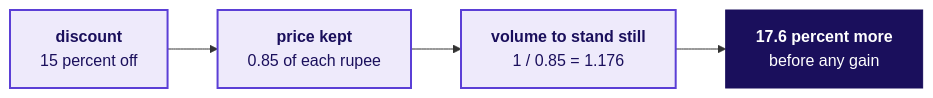
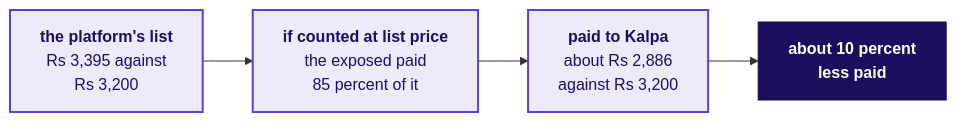
Before and after one commit to fde-academy-lab/c2-content-factory: diagram 12 of 15 in content/W01/D4/slides/C2_W01_D04_half2_STUDENT.md, drawn with Mermaid. The commit also changed other lines of this file and 4 other files, not shown here.

````diff
--- a/content/W01/D4/slides/C2_W01_D04_half2_STUDENT.md
+++ b/content/W01/D4/slides/C2_W01_D04_half2_STUDENT.md
@@ -453,10 +476,10 @@
 ```mermaid
 flowchart LR
-    D["<b>discount</b><br/>15 percent off"] --> P["<b>price kept</b><br/>0.85 of each rupee"]
-    P --> V["<b>volume to stand still</b><br/>1 / 0.85 = 1.176"]
-    V --> R["<b>17.6 percent more</b><br/>before any gain"]
+    D["<b>the platform's list</b><br/>Rs 3,395 against<br/>Rs 3,200"] --> P["<b>if counted at list price</b><br/>the exposed paid<br/>85 percent of it"]
+    P --> V["<b>paid to Kalpa</b><br/>about Rs 2,886<br/>against Rs 3,200"]
+    V --> R["<b>about 10 percent<br/>less paid</b>"]
     classDef known fill:#EEEAFB,stroke:#5B3FD6,color:#1A0F5C,stroke-width:2px
     classDef bet fill:#1A0F5C,stroke:#1A0F5C,color:#FFFFFF
     class D,P,V known
     class R bet
 ```
````
